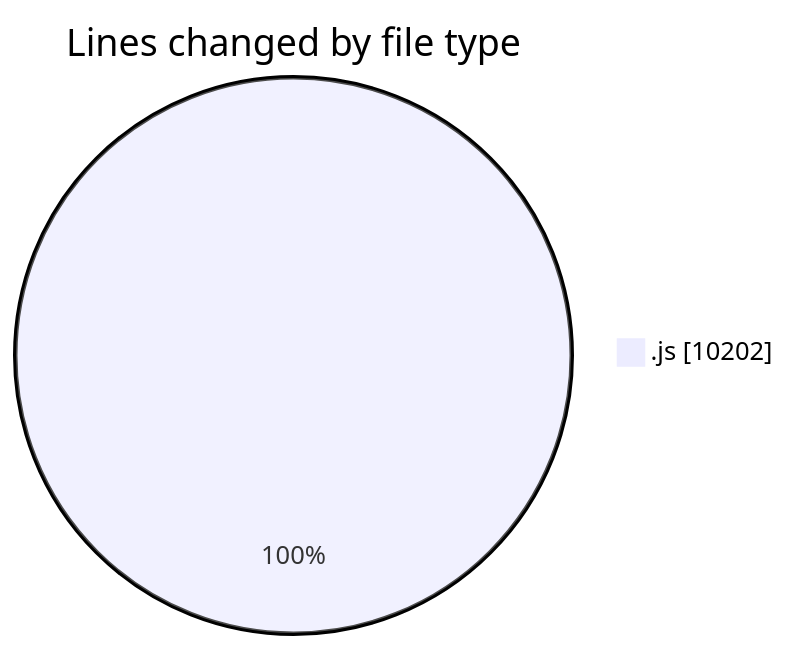
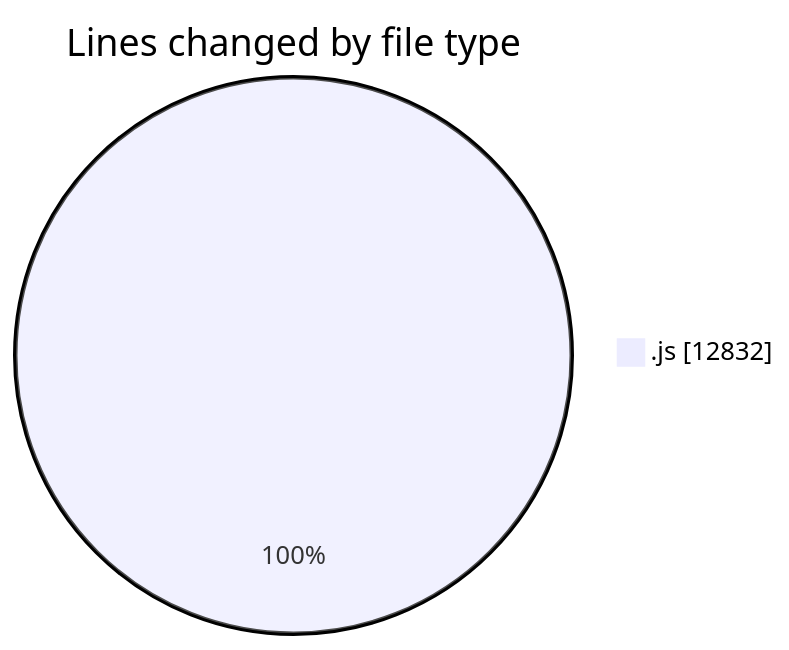
The first of 2 diagrams in 2025-12-09/nxtqube_webapp/README.md (nxtqubesakshisongat/code-tracking), drawn with Mermaid before and after one commit. The commit also changed other lines of this file and 1 other file, not shown here.

````diff
--- a/2025-12-09/nxtqube_webapp/README.md
+++ b/2025-12-09/nxtqube_webapp/README.md
@@ -20,5 +20,5 @@
 ```mermaid
 pie showData
 title Lines changed by file type
-".js" : 10202
+".js" : 12832
 ```
````
